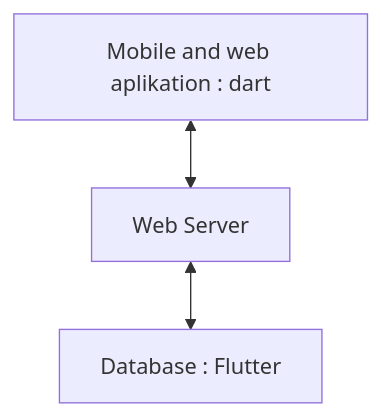
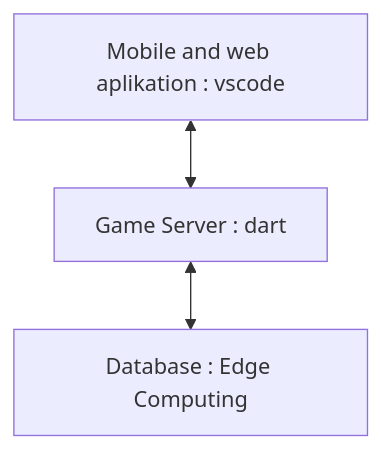
Before and after one commit to Hasbi2104/tugas-uts: the diagram in RABBANI.md, drawn with Mermaid.

````diff
--- a/RABBANI.md
+++ b/RABBANI.md
@@ -78,5 +78,5 @@
 ```mermaid
 flowchart TD
-    A[Mobile and web aplikation : dart] <-->   B[Web Server  ] 
-    B <--> C[Database : Flutter]
+    A[Mobile and web aplikation : vscode] <-->   B[Game Server : dart] 
+    B <--> C[Database : Edge Computing ]
 ```
````
